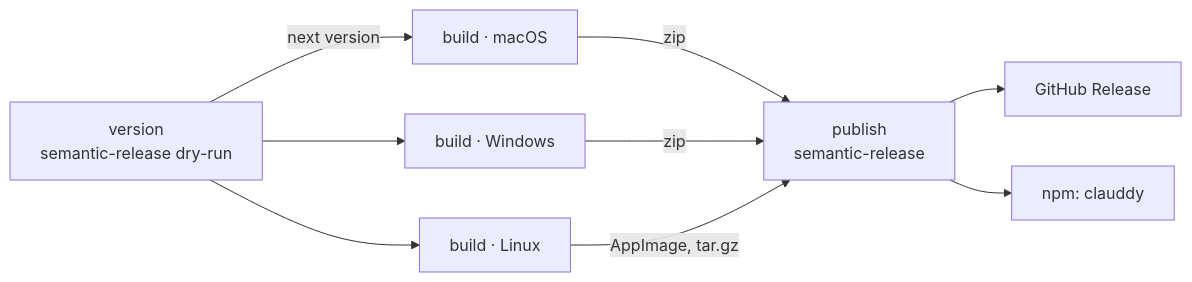
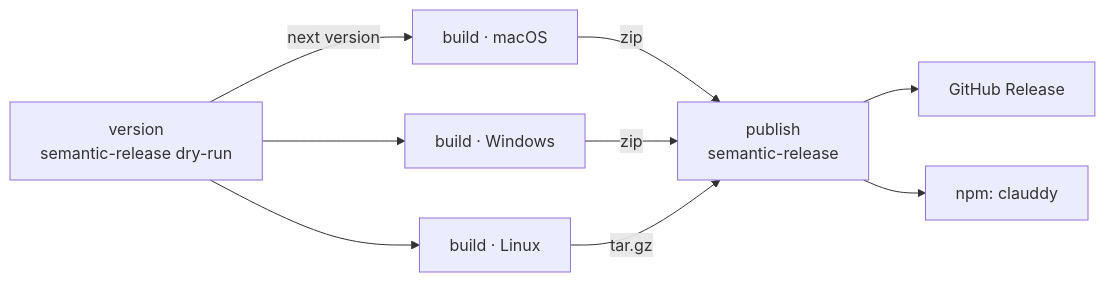
One commit to renatoaug/claude-usage-monitor changed the diagram in docs/design/07-releases.md. Above: the diagram before and after it, drawn with Mermaid. The commit also changed other lines of this file and 244 other files, not shown here.

````diff
--- a/docs/design/07-releases.md
+++ b/docs/design/07-releases.md
@@ -22,11 +22,11 @@
 ```mermaid
 flowchart LR
     v["version<br/>semantic-release dry-run"] -- "next version" --> b1["build · macOS"]
     v --> b2["build · Windows"]
     v --> b3["build · Linux"]
     b1 -- "zip" --> p["publish<br/>semantic-release"]
     b2 -- "zip" --> p
-    b3 -- "AppImage, tar.gz" --> p
+    b3 -- "tar.gz" --> p
     p --> gh["GitHub Release"]
     p --> npm["npm: clauddy"]
 ```
````
